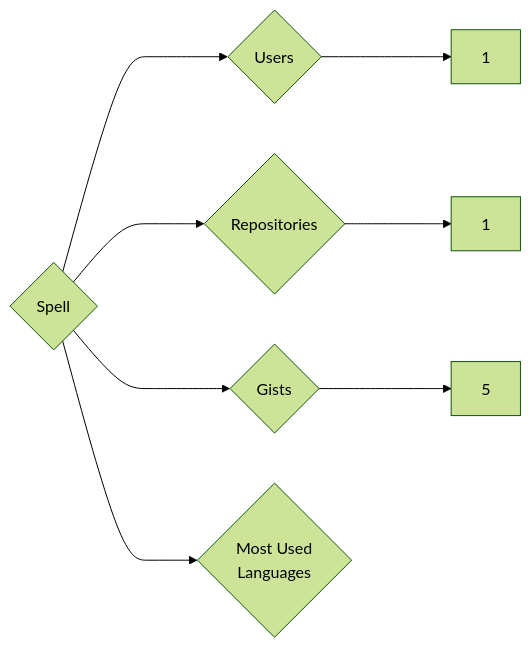
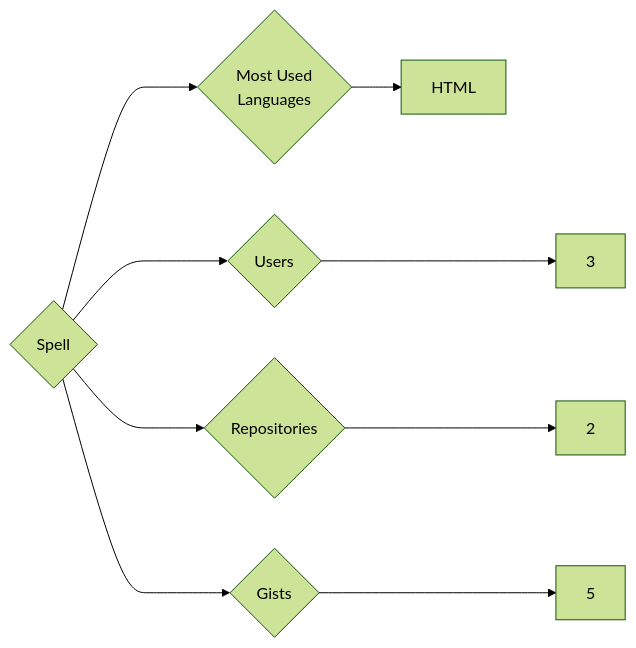
One commit to trickest/insiders changed the diagram in targets/Spell/README.md. Above: the diagram before and after it, drawn with Mermaid (forest theme). The commit also changed 799 other files, not shown here.

````diff
--- a/targets/Spell/README.md
+++ b/targets/Spell/README.md
@@ -3,8 +3,9 @@
 ```mermaid
 graph LR
 COMPANY_NAME{Spell}
-COMPANY_NAME ---> U{Users} ---> UN[1]
-COMPANY_NAME ---> R{Repositories} ---> RN[1]
+COMPANY_NAME ---> U{Users} ---> UN[3]
+COMPANY_NAME ---> R{Repositories} ---> RN[2]
 COMPANY_NAME ---> G{Gists} ---> GN[5]
 COMPANY_NAME ---> ML{Most Used<br>Languages}
+ML --> HTML[HTML]
 ```
````
